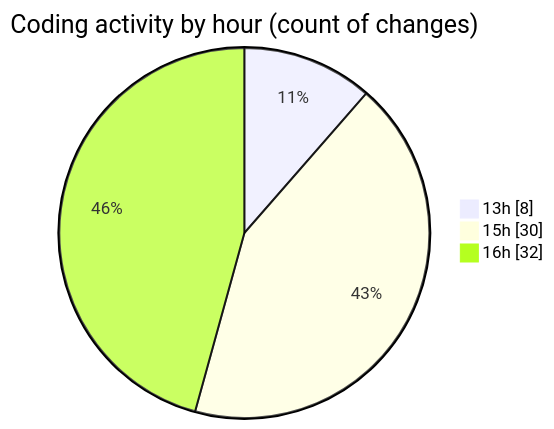
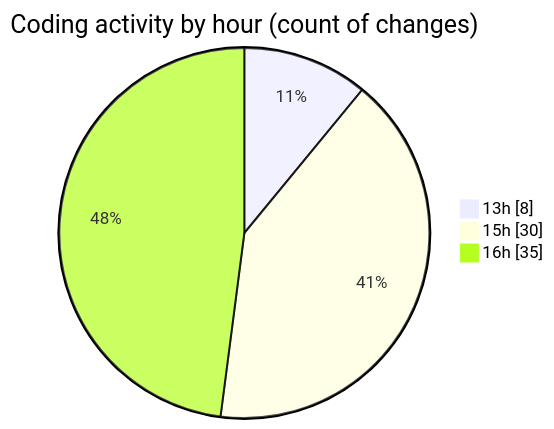
Before and after one commit to nxtqubesakshisongat/code-tracking: the second of 2 diagrams in 2025-04-08/nxtqube_webapp/README.md, drawn with Mermaid. The commit also changed other lines of this file and 1 other file, not shown here.

````diff
--- a/2025-04-08/nxtqube_webapp/README.md
+++ b/2025-04-08/nxtqube_webapp/README.md
@@ -30,7 +30,7 @@
 ```mermaid
 pie showData
 title Coding activity by hour (count of changes)
 "13h" : 8
 "15h" : 30
-"16h" : 32
+"16h" : 35
 ```
````
